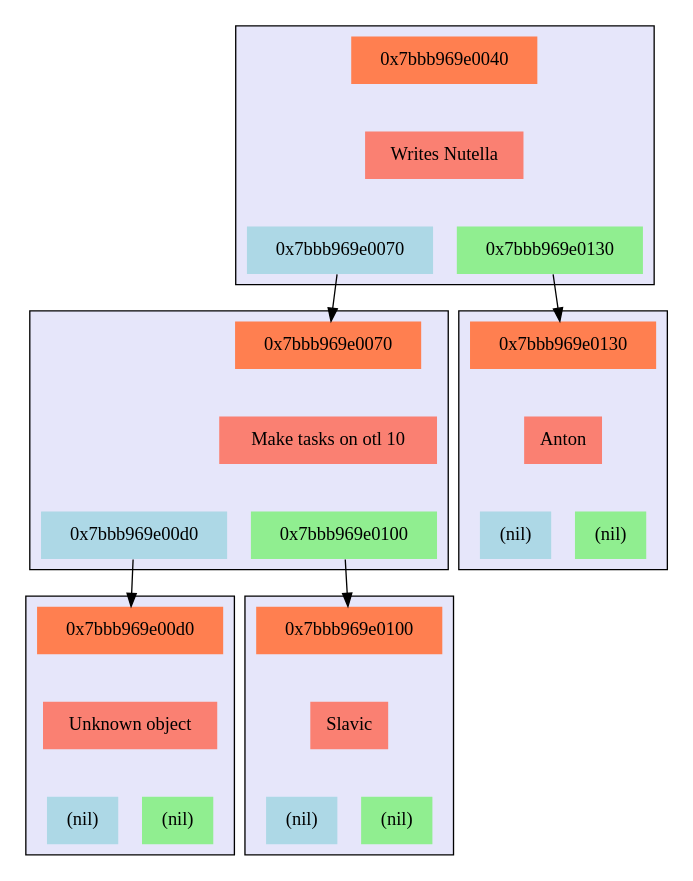
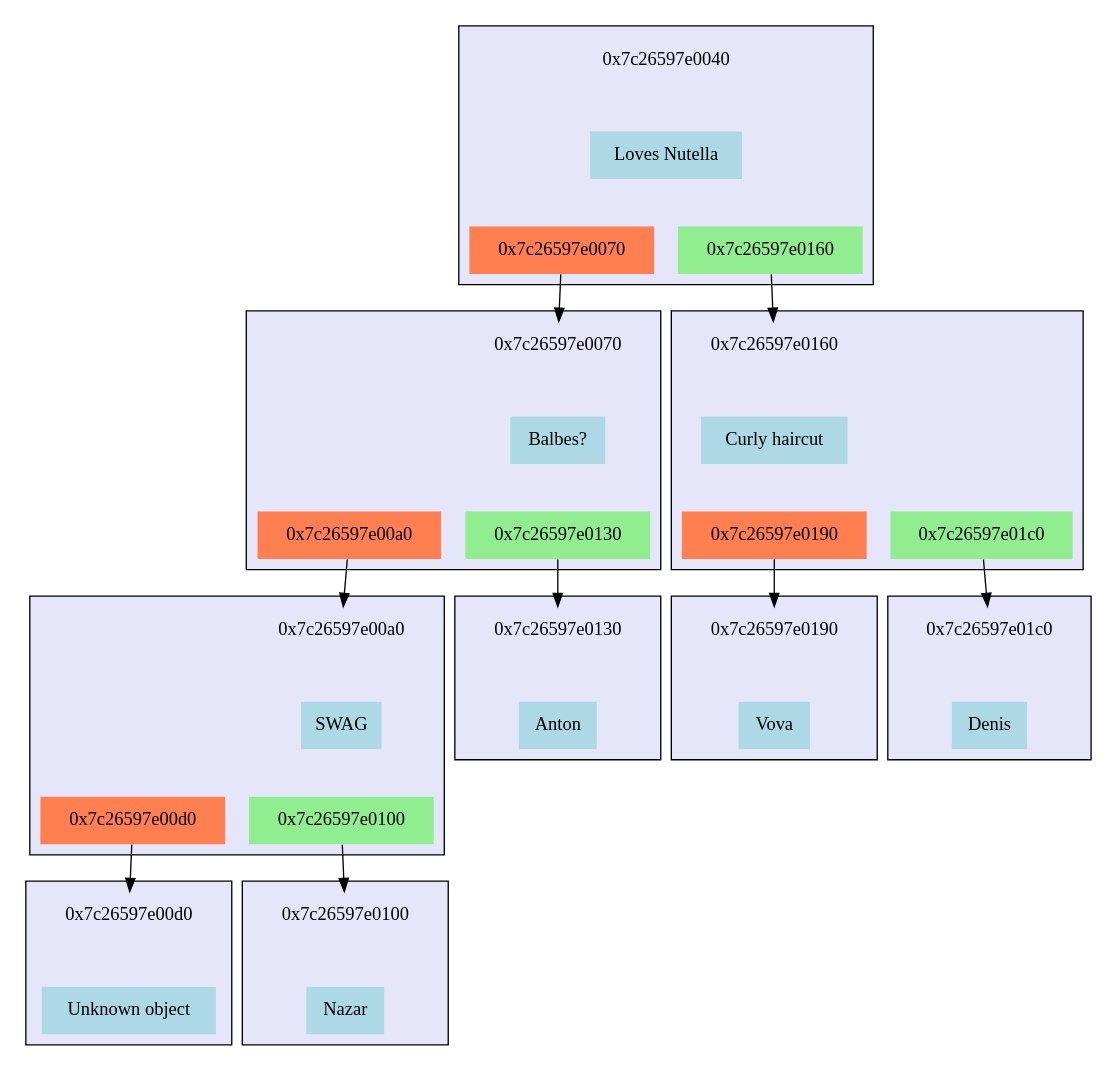
The diagram in files/tree.dot (MasterVAE/MIPT_Akinator), drawn with Graphviz before and after one commit. The commit also changed 7 other files, not shown here.

```diff
--- a/files/tree.dot
+++ b/files/tree.dot
@@ -1,92 +1,144 @@
-digraph G {	node [shape=plaintext, style="filled"];
-	rankdir=TB;
-subgraph cluster_0x7bbb969e0040                                      
-{                                                        
-	 style=filled;                                         
-	 rank=0;                                              
-	 fillcolor=lavender;                                   
-	 "0x7bbb969e0040_address"[label="0x7bbb969e0040",fillcolor="coral"];     
-	 "0x7bbb969e0040_value"[label="Writes Nutella",fillcolor="salmon"];      
-	 subgraph "0x7bbb969e0040_bottom"                                
-	 {                                                     
-		 style=invis;                                        
-		 "0x7bbb969e0040_left"[label="0x7bbb969e0070",fillcolor="lightblue"];  
-		 "0x7bbb969e0040_right"[label="0x7bbb969e0130",fillcolor="lightgreen"];
-	 }                                                     
-	 "0x7bbb969e0040_address"->"0x7bbb969e0040_value"[style=invis,weight=10];  
-	 "0x7bbb969e0040_value"->"0x7bbb969e0040_left"[style=invis,weight=10];     
-	 "0x7bbb969e0040_value"->"0x7bbb969e0040_right"[style=invis,weight=10];    
-}                                                        
-"0x7bbb969e0040_left" -> "0x7bbb969e0070_address";
-subgraph cluster_0x7bbb969e0070                                      
-{                                                        
-	 style=filled;                                         
-	 rank=1;                                              
-	 fillcolor=lavender;                                   
-	 "0x7bbb969e0070_address"[label="0x7bbb969e0070",fillcolor="coral"];     
-	 "0x7bbb969e0070_value"[label="Make tasks on otl 10",fillcolor="salmon"];      
-	 subgraph "0x7bbb969e0070_bottom"                                
-	 {                                                     
-		 style=invis;                                        
-		 "0x7bbb969e0070_left"[label="0x7bbb969e00d0",fillcolor="lightblue"];  
-		 "0x7bbb969e0070_right"[label="0x7bbb969e0100",fillcolor="lightgreen"];
-	 }                                                     
-	 "0x7bbb969e0070_address"->"0x7bbb969e0070_value"[style=invis,weight=10];  
-	 "0x7bbb969e0070_value"->"0x7bbb969e0070_left"[style=invis,weight=10];     
-	 "0x7bbb969e0070_value"->"0x7bbb969e0070_right"[style=invis,weight=10];    
-}                                                        
-"0x7bbb969e0070_left" -> "0x7bbb969e00d0_address";
-subgraph cluster_0x7bbb969e00d0                                      
-{                                                        
-	 style=filled;                                         
-	 rank=2;                                              
-	 fillcolor=lavender;                                   
-	 "0x7bbb969e00d0_address"[label="0x7bbb969e00d0",fillcolor="coral"];     
-	 "0x7bbb969e00d0_value"[label="Unknown object",fillcolor="salmon"];      
-	 subgraph "0x7bbb969e00d0_bottom"                                
-	 {                                                     
-		 style=invis;                                        
-		 "0x7bbb969e00d0_left"[label="(nil)",fillcolor="lightblue"];  
-		 "0x7bbb969e00d0_right"[label="(nil)",fillcolor="lightgreen"];
-	 }                                                     
-	 "0x7bbb969e00d0_address"->"0x7bbb969e00d0_value"[style=invis,weight=10];  
-	 "0x7bbb969e00d0_value"->"0x7bbb969e00d0_left"[style=invis,weight=10];     
-	 "0x7bbb969e00d0_value"->"0x7bbb969e00d0_right"[style=invis,weight=10];    
-}                                                        
-"0x7bbb969e0070_right" -> "0x7bbb969e0100_address";
-subgraph cluster_0x7bbb969e0100                                      
-{                                                        
-	 style=filled;                                         
-	 rank=2;                                              
-	 fillcolor=lavender;                                   
-	 "0x7bbb969e0100_address"[label="0x7bbb969e0100",fillcolor="coral"];     
-	 "0x7bbb969e0100_value"[label="Slavic",fillcolor="salmon"];      
-	 subgraph "0x7bbb969e0100_bottom"                                
-	 {                                                     
-		 style=invis;                                        
-		 "0x7bbb969e0100_left"[label="(nil)",fillcolor="lightblue"];  
-		 "0x7bbb969e0100_right"[label="(nil)",fillcolor="lightgreen"];
-	 }                                                     
-	 "0x7bbb969e0100_address"->"0x7bbb969e0100_value"[style=invis,weight=10];  
-	 "0x7bbb969e0100_value"->"0x7bbb969e0100_left"[style=invis,weight=10];     
-	 "0x7bbb969e0100_value"->"0x7bbb969e0100_right"[style=invis,weight=10];    
-}                                                        
-"0x7bbb969e0040_right" -> "0x7bbb969e0130_address";
-subgraph cluster_0x7bbb969e0130                                      
-{                                                        
-	 style=filled;                                         
-	 rank=1;                                              
-	 fillcolor=lavender;                                   
-	 "0x7bbb969e0130_address"[label="0x7bbb969e0130",fillcolor="coral"];     
-	 "0x7bbb969e0130_value"[label="Anton",fillcolor="salmon"];      
-	 subgraph "0x7bbb969e0130_bottom"                                
-	 {                                                     
-		 style=invis;                                        
-		 "0x7bbb969e0130_left"[label="(nil)",fillcolor="lightblue"];  
-		 "0x7bbb969e0130_right"[label="(nil)",fillcolor="lightgreen"];
-	 }                                                     
-	 "0x7bbb969e0130_address"->"0x7bbb969e0130_value"[style=invis,weight=10];  
-	 "0x7bbb969e0130_value"->"0x7bbb969e0130_left"[style=invis,weight=10];     
-	 "0x7bbb969e0130_value"->"0x7bbb969e0130_right"[style=invis,weight=10];    
-}                                                        
+digraph G {	 node [shape=plaintext, style="filled"];
+	 rankdir=TB;
+subgraph cluster_0x7c26597e0040                                     
+{                                                       
+	style=filled;                                         
+	rank=0;                                              
+	fillcolor=lavender;                                   
+	"0x7c26597e0040_address"[label="0x7c26597e0040",fillcolor="lavender"];  
+	"0x7c26597e0040_value"[label="Loves Nutella",fillcolor="lightblue"];   
+	subgraph "0x7c26597e0040_bottom"                                
+	{                                                     
+		 style=invis;                                       
+		"0x7c26597e0040_left"[label="0x7c26597e0070",fillcolor="coral"];      
+		"0x7c26597e0040_right"[label="0x7c26597e0160",fillcolor="lightgreen"];
+	}                                                     
+	"0x7c26597e0040_address"->"0x7c26597e0040_value"[style=invis,weight=10];  
+	"0x7c26597e0040_value"->"0x7c26597e0040_left"[style=invis,weight=10];     
+	"0x7c26597e0040_value"->"0x7c26597e0040_right"[style=invis,weight=10];    
+}                                                       
+"0x7c26597e0040_left" -> "0x7c26597e0070_address";
+subgraph cluster_0x7c26597e0070                                     
+{                                                       
+	style=filled;                                         
+	rank=1;                                              
+	fillcolor=lavender;                                   
+	"0x7c26597e0070_address"[label="0x7c26597e0070",fillcolor="lavender"];  
+	"0x7c26597e0070_value"[label="Balbes?",fillcolor="lightblue"];   
+	subgraph "0x7c26597e0070_bottom"                                
+	{                                                     
+		 style=invis;                                       
+		"0x7c26597e0070_left"[label="0x7c26597e00a0",fillcolor="coral"];      
+		"0x7c26597e0070_right"[label="0x7c26597e0130",fillcolor="lightgreen"];
+	}                                                     
+	"0x7c26597e0070_address"->"0x7c26597e0070_value"[style=invis,weight=10];  
+	"0x7c26597e0070_value"->"0x7c26597e0070_left"[style=invis,weight=10];     
+	"0x7c26597e0070_value"->"0x7c26597e0070_right"[style=invis,weight=10];    
+}                                                       
+"0x7c26597e0070_left" -> "0x7c26597e00a0_address";
+subgraph cluster_0x7c26597e00a0                                     
+{                                                       
+	style=filled;                                         
+	rank=2;                                              
+	fillcolor=lavender;                                   
+	"0x7c26597e00a0_address"[label="0x7c26597e00a0",fillcolor="lavender"];  
+	"0x7c26597e00a0_value"[label="SWAG",fillcolor="lightblue"];   
+	subgraph "0x7c26597e00a0_bottom"                                
+	{                                                     
+		 style=invis;                                       
+		"0x7c26597e00a0_left"[label="0x7c26597e00d0",fillcolor="coral"];      
+		"0x7c26597e00a0_right"[label="0x7c26597e0100",fillcolor="lightgreen"];
+	}                                                     
+	"0x7c26597e00a0_address"->"0x7c26597e00a0_value"[style=invis,weight=10];  
+	"0x7c26597e00a0_value"->"0x7c26597e00a0_left"[style=invis,weight=10];     
+	"0x7c26597e00a0_value"->"0x7c26597e00a0_right"[style=invis,weight=10];    
+}                                                       
+"0x7c26597e00a0_left" -> "0x7c26597e00d0_address";
+subgraph cluster_0x7c26597e00d0                                     
+{                                                       
+	style=filled;                                         
+	rank=3;                                              
+	fillcolor=lavender;                                   
+	"0x7c26597e00d0_address"[label="0x7c26597e00d0",fillcolor="lavender"];  
+	"0x7c26597e00d0_value"[label="Unknown object",fillcolor="lightblue"];   
+	subgraph "0x7c26597e00d0_bottom"                                
+	{                                                     
+		 style=invis;                                       
+	}                                                     
+	"0x7c26597e00d0_address"->"0x7c26597e00d0_value"[style=invis,weight=10];  
+}                                                       
+"0x7c26597e00a0_right" -> "0x7c26597e0100_address";
+subgraph cluster_0x7c26597e0100                                     
+{                                                       
+	style=filled;                                         
+	rank=3;                                              
+	fillcolor=lavender;                                   
+	"0x7c26597e0100_address"[label="0x7c26597e0100",fillcolor="lavender"];  
+	"0x7c26597e0100_value"[label="Nazar",fillcolor="lightblue"];   
+	subgraph "0x7c26597e0100_bottom"                                
+	{                                                     
+		 style=invis;                                       
+	}                                                     
+	"0x7c26597e0100_address"->"0x7c26597e0100_value"[style=invis,weight=10];  
+}                                                       
+"0x7c26597e0070_right" -> "0x7c26597e0130_address";
+subgraph cluster_0x7c26597e0130                                     
+{                                                       
+	style=filled;                                         
+	rank=2;                                              
+	fillcolor=lavender;                                   
+	"0x7c26597e0130_address"[label="0x7c26597e0130",fillcolor="lavender"];  
+	"0x7c26597e0130_value"[label="Anton",fillcolor="lightblue"];   
+	subgraph "0x7c26597e0130_bottom"                                
+	{                                                     
+		 style=invis;                                       
+	}                                                     
+	"0x7c26597e0130_address"->"0x7c26597e0130_value"[style=invis,weight=10];  
+}                                                       
+"0x7c26597e0040_right" -> "0x7c26597e0160_address";
+subgraph cluster_0x7c26597e0160                                     
+{                                                       
+	style=filled;                                         
+	rank=1;                                              
+	fillcolor=lavender;                                   
+	"0x7c26597e0160_address"[label="0x7c26597e0160",fillcolor="lavender"];  
+	"0x7c26597e0160_value"[label="Curly haircut",fillcolor="lightblue"];   
+	subgraph "0x7c26597e0160_bottom"                                
+	{                                                     
+		 style=invis;                                       
+		"0x7c26597e0160_left"[label="0x7c26597e0190",fillcolor="coral"];      
+		"0x7c26597e0160_right"[label="0x7c26597e01c0",fillcolor="lightgreen"];
+	}                                                     
+	"0x7c26597e0160_address"->"0x7c26597e0160_value"[style=invis,weight=10];  
+	"0x7c26597e0160_value"->"0x7c26597e0160_left"[style=invis,weight=10];     
+	"0x7c26597e0160_value"->"0x7c26597e0160_right"[style=invis,weight=10];    
+}                                                       
+"0x7c26597e0160_left" -> "0x7c26597e0190_address";
+subgraph cluster_0x7c26597e0190                                     
+{                                                       
+	style=filled;                                         
+	rank=2;                                              
+	fillcolor=lavender;                                   
+	"0x7c26597e0190_address"[label="0x7c26597e0190",fillcolor="lavender"];  
+	"0x7c26597e0190_value"[label="Vova",fillcolor="lightblue"];   
+	subgraph "0x7c26597e0190_bottom"                                
+	{                                                     
+		 style=invis;                                       
+	}                                                     
+	"0x7c26597e0190_address"->"0x7c26597e0190_value"[style=invis,weight=10];  
+}                                                       
+"0x7c26597e0160_right" -> "0x7c26597e01c0_address";
+subgraph cluster_0x7c26597e01c0                                     
+{                                                       
+	style=filled;                                         
+	rank=2;                                              
+	fillcolor=lavender;                                   
+	"0x7c26597e01c0_address"[label="0x7c26597e01c0",fillcolor="lavender"];  
+	"0x7c26597e01c0_value"[label="Denis",fillcolor="lightblue"];   
+	subgraph "0x7c26597e01c0_bottom"                                
+	{                                                     
+		 style=invis;                                       
+	}                                                     
+	"0x7c26597e01c0_address"->"0x7c26597e01c0_value"[style=invis,weight=10];  
+}                                                       
 }
```
